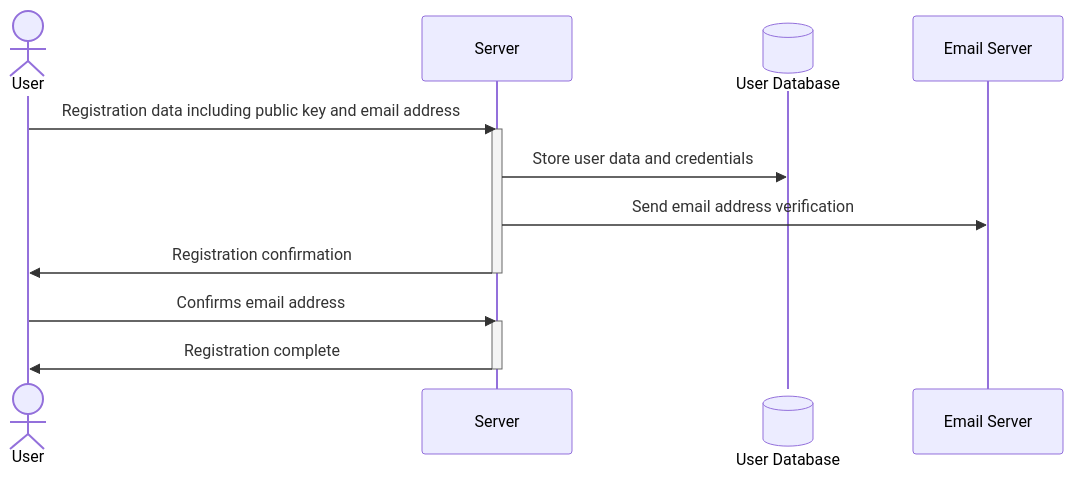
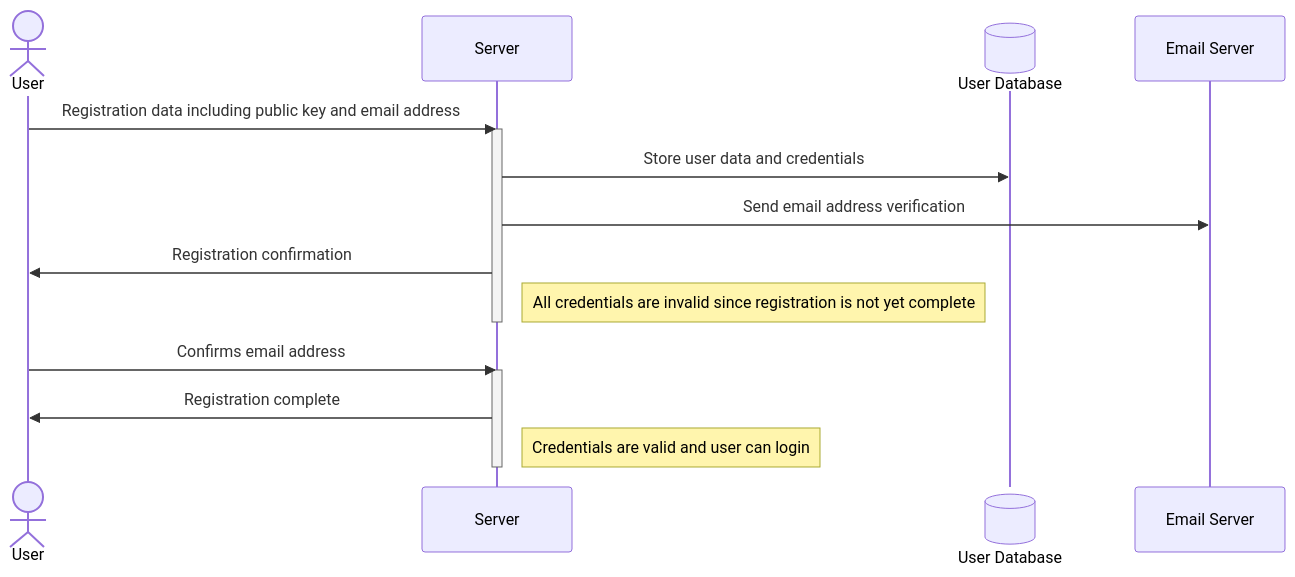
One commit to tantalum/tantalum.github.io changed the third of 5 diagrams in _drafts/an-architecture-for-passworless-authentication.markdown. Above: the diagram before and after it, drawn with Mermaid. The commit also changed other lines of this file, not shown here.

Commit message:
More sequence diagrams

```diff
--- a/_drafts/an-architecture-for-passworless-authentication.markdown
+++ b/_drafts/an-architecture-for-passworless-authentication.markdown
@@ -126,17 +126,19 @@
 <pre class="mermaid">
 sequenceDiagram
     actor User
     participant Server
     participant DB@{ "type": "database", "alias": "User Database"}
     participant EmailServer@{ "alias": "Email Server"}
     User->>Server: Registration data including public key and email address
     activate Server
     Server->>DB: Store user data and credentials
     Server->>EmailServer: Send email address verification
     Server->>User: Registration confirmation
+    Note right of Server: All credentials are invalid since registration is not yet complete
     deactivate Server
     User->>Server: Confirms email address
     activate Server
     Server->>User: Registration complete
+    Note right of Server: Credentials are valid and user can login
     deactivate Server
 </pre>
```
